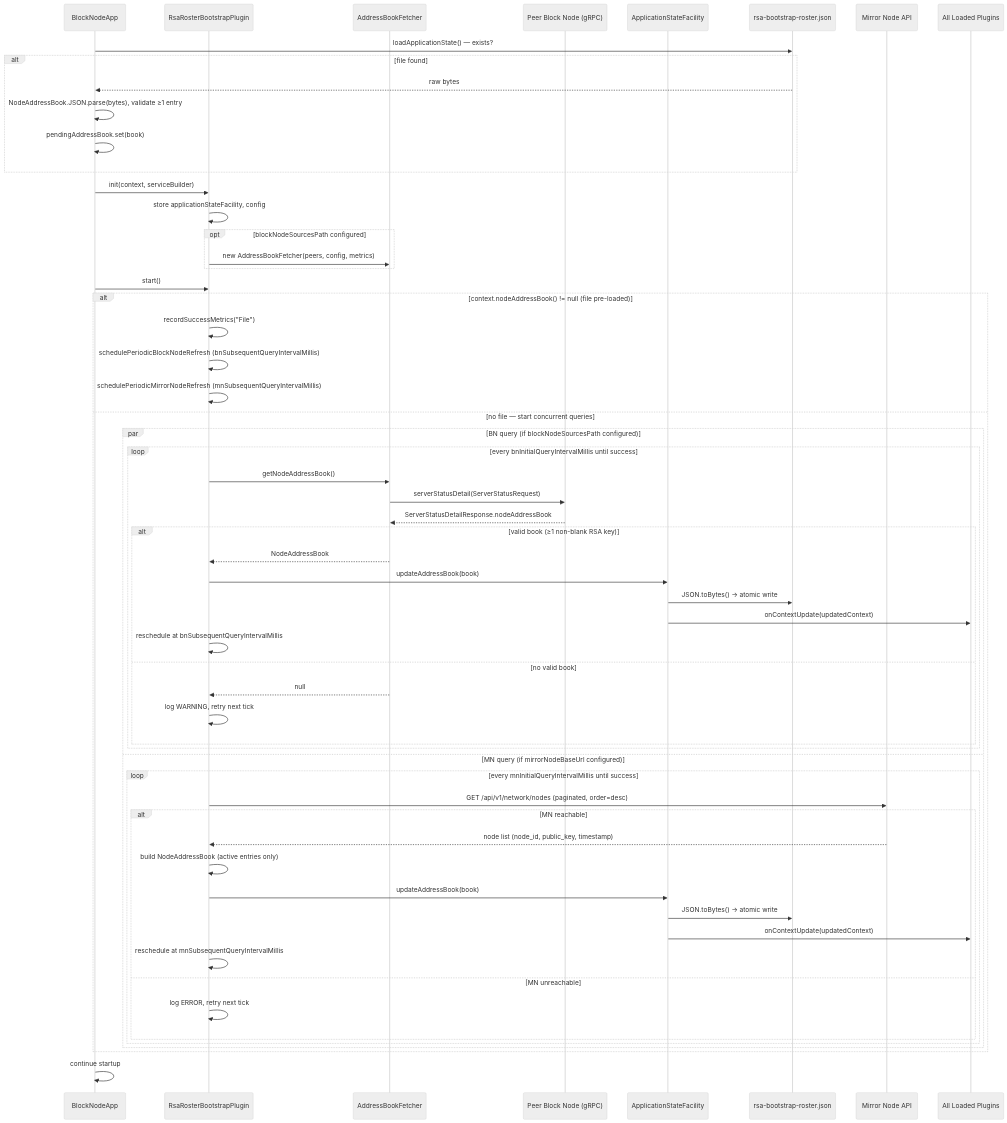
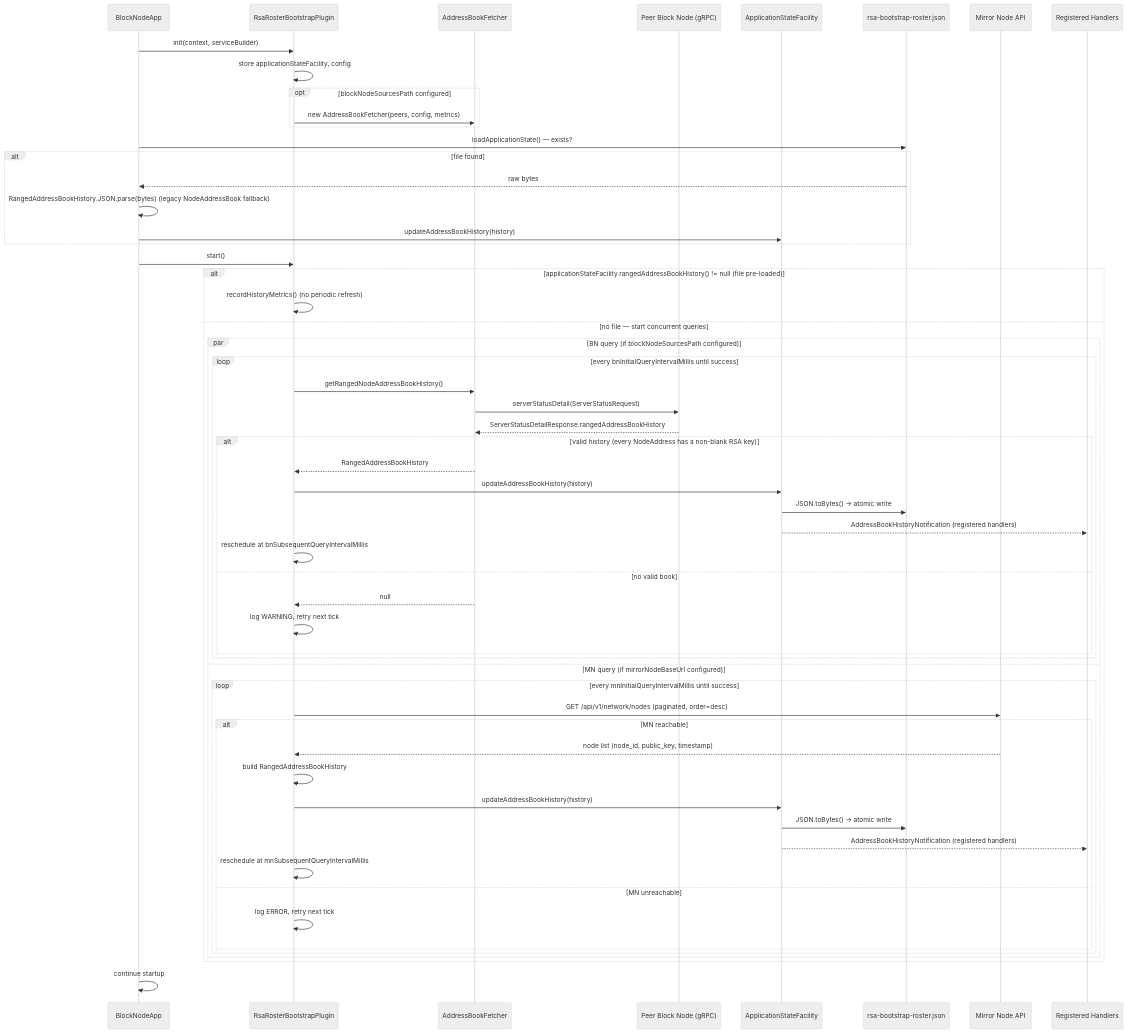
Before and after one commit to hiero-ledger/hiero-block-node: the first of 2 diagrams in docs/design/wrb-streaming/bootstrap-roster-plugin.md, drawn with Mermaid (neutral theme). The commit also changed other lines of this file and 27 other files, not shown here.

Commit message:
Refactoring and making some plugins get updates synchronously from ASF

````diff
--- a/docs/design/wrb-streaming/bootstrap-roster-plugin.md
+++ b/docs/design/wrb-streaming/bootstrap-roster-plugin.md
@@ -493,63 +526,61 @@
 ```mermaid
 sequenceDiagram
     participant App as BlockNodeApp
     participant Plugin as RsaRosterBootstrapPlugin
     participant Fetcher as AddressBookFetcher
     participant PeerBN as Peer Block Node (gRPC)
     participant Facility as ApplicationStateFacility
     participant File as rsa-bootstrap-roster.json
     participant MN as Mirror Node API
-    participant Plugins as All Loaded Plugins
+    participant Plugins as Registered Handlers
 
-    App->>File: loadApplicationState() — exists?
-    alt file found
-        File-->>App: raw bytes
-        App->>App: NodeAddressBook.JSON.parse(bytes), validate ≥1 entry
-        App->>App: pendingAddressBook.set(book)
-    end
     App->>Plugin: init(context, serviceBuilder)
     Plugin->>Plugin: store applicationStateFacility, config
     opt blockNodeSourcesPath configured
         Plugin->>Fetcher: new AddressBookFetcher(peers, config, metrics)
     end
+    App->>File: loadApplicationState() — exists?
+    alt file found
+        File-->>App: raw bytes
+        App->>App: RangedAddressBookHistory.JSON.parse(bytes) (legacy NodeAddressBook fallback)
+        App->>Facility: updateAddressBookHistory(history)
+    end
     App->>Plugin: start()
 
-    alt context.nodeAddressBook() != null (file pre-loaded)
-        Plugin->>Plugin: recordSuccessMetrics("File")
-        Plugin->>Plugin: schedulePeriodicBlockNodeRefresh (bnSubsequentQueryIntervalMillis)
-        Plugin->>Plugin: schedulePeriodicMirrorNodeRefresh (mnSubsequentQueryIntervalMillis)
+    alt applicationStateFacility.rangedAddressBookHistory() != null (file pre-loaded)
+        Plugin->>Plugin: recordHistoryMetrics() (no periodic refresh)
     else no file — start concurrent queries
         par BN query (if blockNodeSourcesPath configured)
             loop every bnInitialQueryIntervalMillis until success
-                Plugin->>Fetcher: getNodeAddressBook()
+                Plugin->>Fetcher: getRangedNodeAddressBookHistory()
                 Fetcher->>PeerBN: serverStatusDetail(ServerStatusRequest)
-                PeerBN-->>Fetcher: ServerStatusDetailResponse.nodeAddressBook
-                alt valid book (≥1 non-blank RSA key)
-                    Fetcher-->>Plugin: NodeAddressBook
-                    Plugin->>Facility: updateAddressBook(book)
+                PeerBN-->>Fetcher: ServerStatusDetailResponse.rangedAddressBookHistory
+                alt valid history (every NodeAddress has a non-blank RSA key)
+                    Fetcher-->>Plugin: RangedAddressBookHistory
+                    Plugin->>Facility: updateAddressBookHistory(history)
                     Facility->>File: JSON.toBytes() → atomic write
-                    Facility->>Plugins: onContextUpdate(updatedContext)
+                    Facility-->>Plugins: AddressBookHistoryNotification (registered handlers)
                     Plugin->>Plugin: reschedule at bnSubsequentQueryIntervalMillis
                 else no valid book
                     Fetcher-->>Plugin: null
                     Plugin->>Plugin: log WARNING, retry next tick
                 end
             end
         and MN query (if mirrorNodeBaseUrl configured)
             loop every mnInitialQueryIntervalMillis until success
                 Plugin->>MN: GET /api/v1/network/nodes (paginated, order=desc)
                 alt MN reachable
                     MN-->>Plugin: node list (node_id, public_key, timestamp)
-                    Plugin->>Plugin: build NodeAddressBook (active entries only)
-                    Plugin->>Facility: updateAddressBook(book)
+                    Plugin->>Plugin: build RangedAddressBookHistory
+                    Plugin->>Facility: updateAddressBookHistory(history)
                     Facility->>File: JSON.toBytes() → atomic write
-                    Facility->>Plugins: onContextUpdate(updatedContext)
+                    Facility-->>Plugins: AddressBookHistoryNotification (registered handlers)
                     Plugin->>Plugin: reschedule at mnSubsequentQueryIntervalMillis
                 else MN unreachable
                     Plugin->>Plugin: log ERROR, retry next tick
                 end
             end
         end
     end
     App->>App: continue startup
 ```
````
